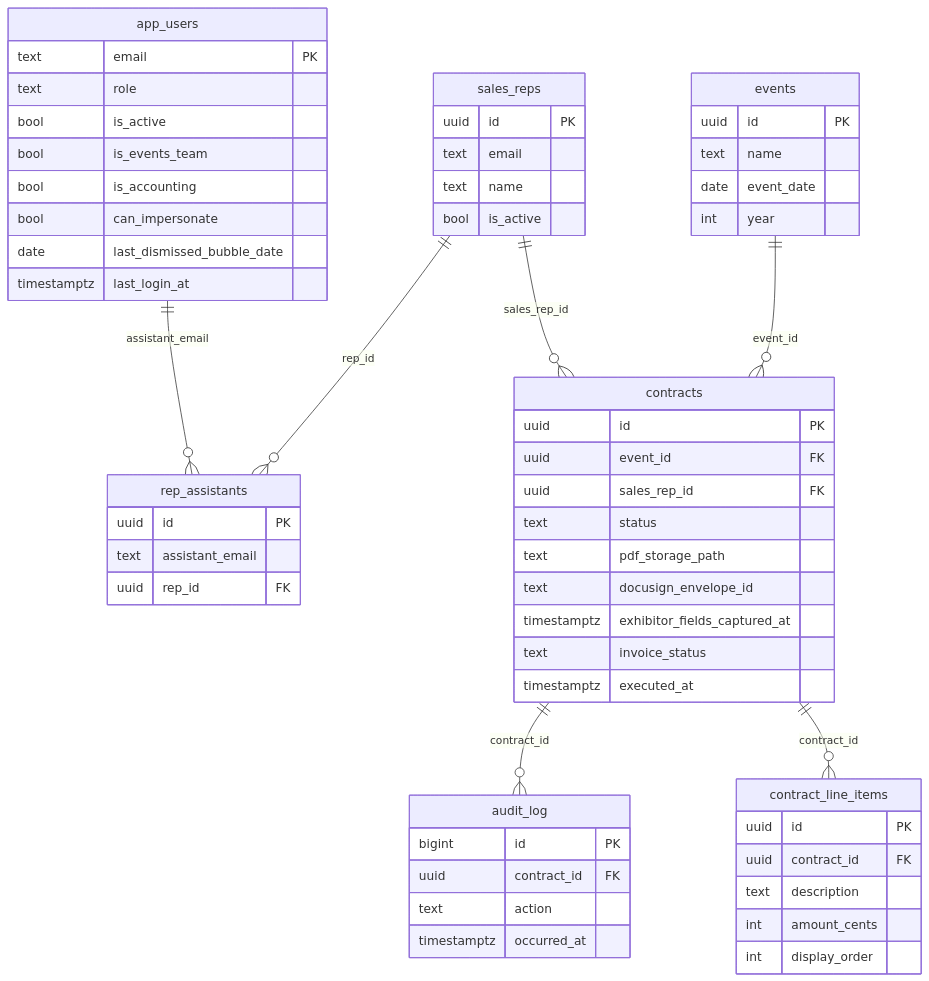
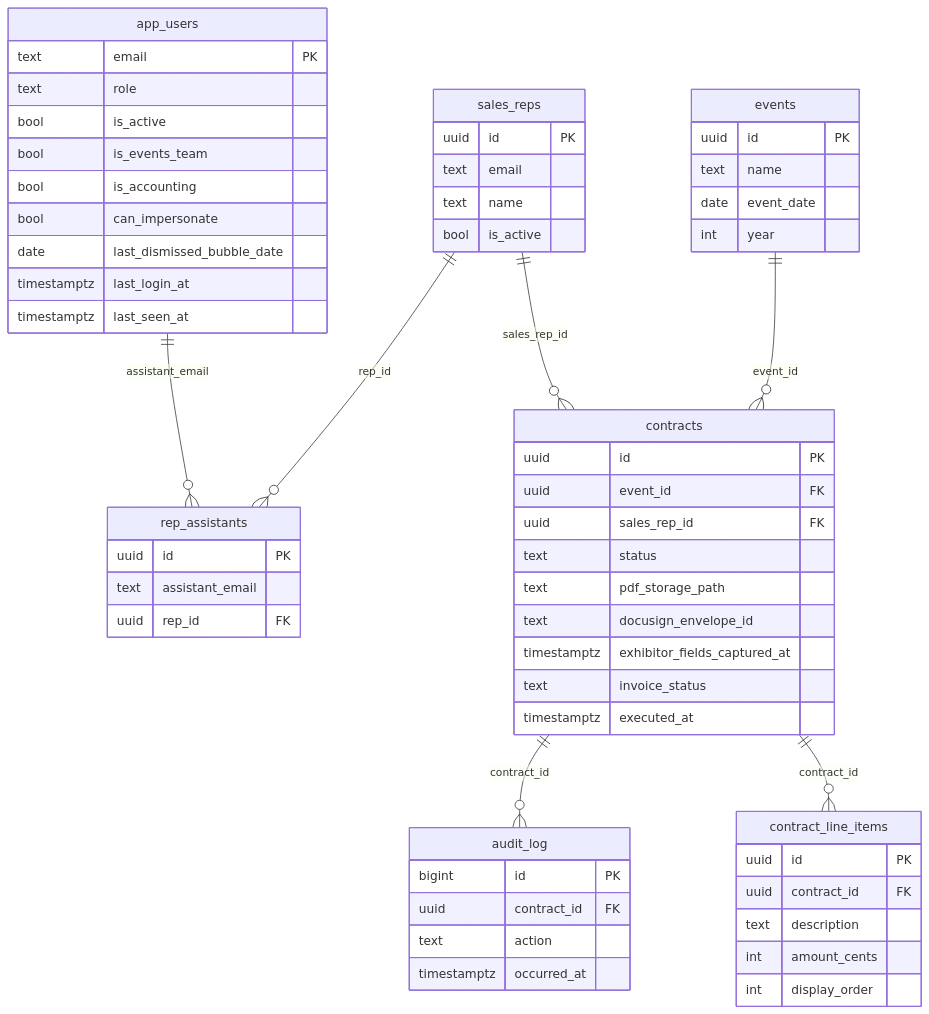
The diagram in docs/SCHEMA.md (mcapace/whiskyfest-contracts), drawn with Mermaid before and after one commit. The commit also changed other lines of this file and 6 other files, not shown here.

First line of the commit message:
feat: Track last active session (last_seen_at) for users admin

````diff
--- a/docs/SCHEMA.md
+++ b/docs/SCHEMA.md
@@ -5,67 +5,68 @@
 ```mermaid
 erDiagram
   app_users ||--o{ rep_assistants : assistant_email
   sales_reps ||--o{ rep_assistants : rep_id
   sales_reps ||--o{ contracts : sales_rep_id
   events ||--o{ contracts : event_id
   contracts ||--o{ audit_log : contract_id
   contracts ||--o{ contract_line_items : contract_id
 
   app_users {
     text email PK
     text role
     bool is_active
     bool is_events_team
     bool is_accounting
     bool can_impersonate
     date last_dismissed_bubble_date
     timestamptz last_login_at
+    timestamptz last_seen_at
   }
 
   sales_reps {
     uuid id PK
     text email
     text name
     bool is_active
   }
 
   rep_assistants {
     uuid id PK
     text assistant_email
     uuid rep_id FK
   }
 
   events {
     uuid id PK
     text name
     date event_date
     int year
   }
 
   contracts {
     uuid id PK
     uuid event_id FK
     uuid sales_rep_id FK
     text status
     text pdf_storage_path
     text docusign_envelope_id
     timestamptz exhibitor_fields_captured_at
     text invoice_status
     timestamptz executed_at
   }
 
   contract_line_items {
     uuid id PK
     uuid contract_id FK
     text description
     int amount_cents
     int display_order
   }
 
   audit_log {
     bigint id PK
     uuid contract_id FK
     text action
     timestamptz occurred_at
   }
 ```
````
